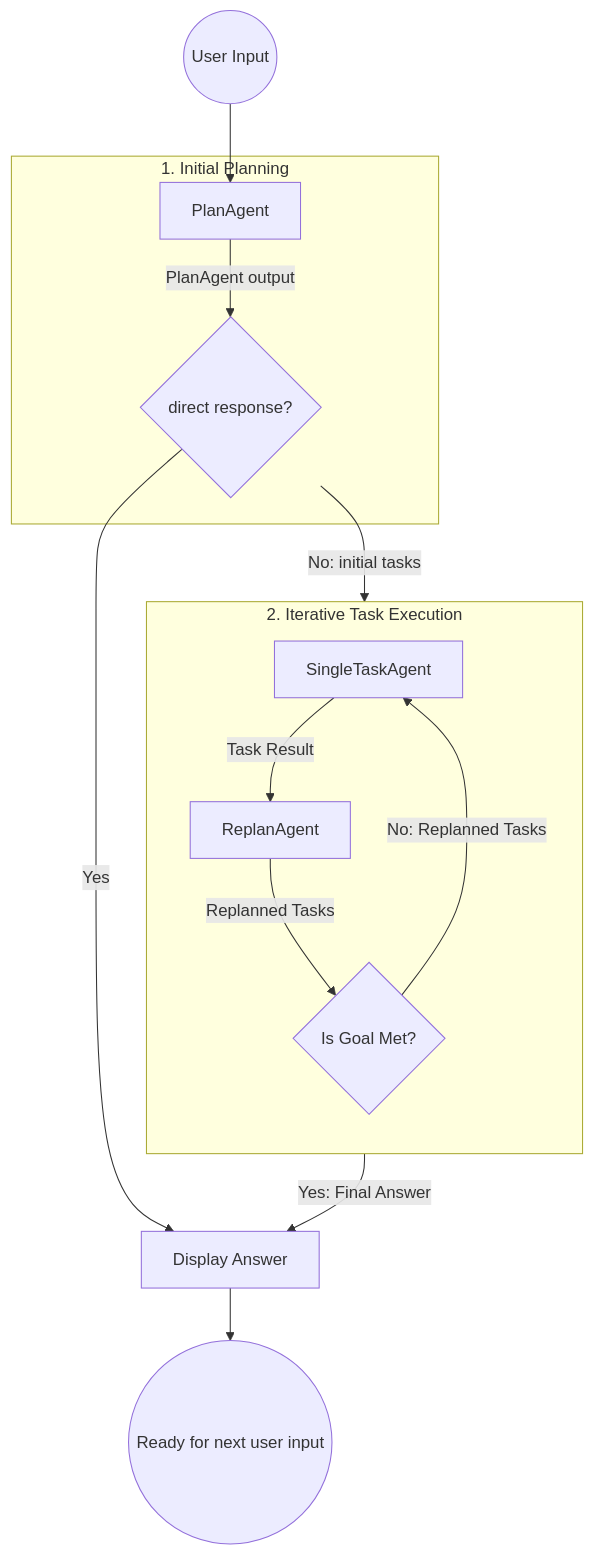
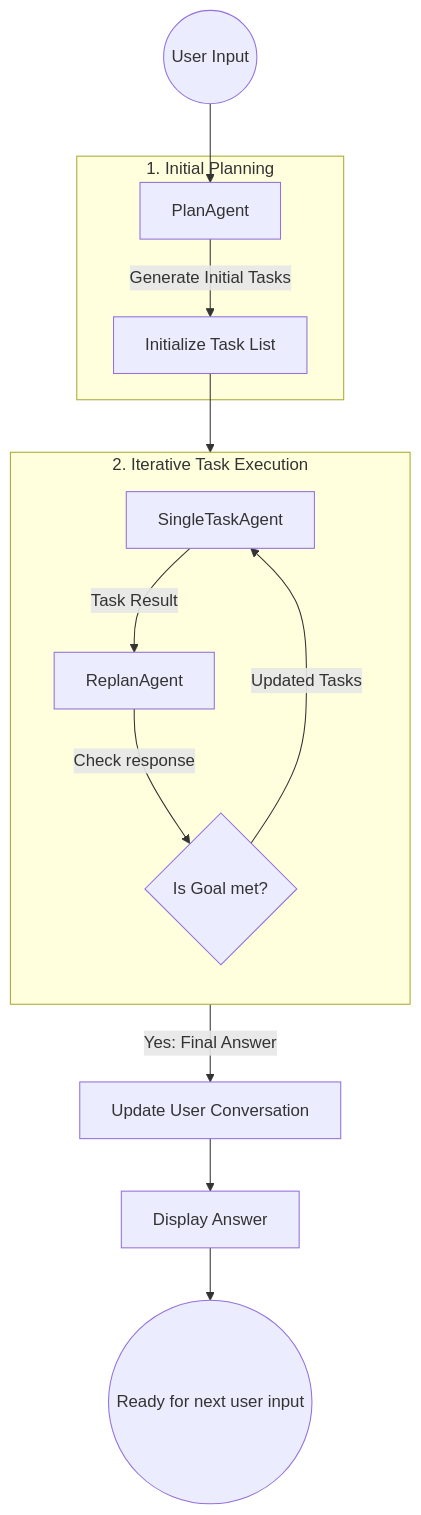
Before and after one commit to fidemin/easylocai: the first of 4 diagrams in docs/DEVELOPMENT.md, drawn with Mermaid. The commit also changed other lines of this file, not shown here.

````diff
--- a/docs/DEVELOPMENT.md
+++ b/docs/DEVELOPMENT.md
@@ -23,27 +21,28 @@
 ```mermaid
 graph TD
 %% Entry Point
 Start((User Input)) --> PlanAgent[PlanAgent]
+
 %% Initial Phase
 subgraph Initialization ["1. Initial Planning"]
-    PlanAgent -->|PlanAgent output| IsDirectAnswer{direct response?}
+    PlanAgent -->|Generate Initial Tasks| TaskInit[Initialize Task List]
 end
 
 %% Execution Loop
 subgraph ExecutionLoop ["2. Iterative Task Execution"]
     direction TB
-    IsDirectAnswer -->|No: initial tasks| SingleTaskAgent[SingleTaskAgent]
-
+    TaskInit --> SingleTaskAgent[SingleTaskAgent]
+    
     SingleTaskAgent -->|Task Result| ReplanAgent[ReplanAgent]
-
-    ReplanAgent -->|Replanned Tasks| CheckCompletion{Is Goal Met?}
-
-    CheckCompletion -->|No: Replanned Tasks| SingleTaskAgent
+    
+    ReplanAgent -->|Check response| IsGoalMet{Is Goal met?}
+    
+    IsGoalMet -->|Updated Tasks| SingleTaskAgent
 end
 
 %% Exit Paths
-IsDirectAnswer -->|Yes| FinalResponse[Display Answer]
-CheckCompletion -->|Yes: Final Answer| FinalResponse
+IsGoalMet -->|Yes: Final Answer| UpdateContext[Update User Conversation]
+UpdateContext --> FinalResponse[Display Answer]
 
 FinalResponse --> End((Ready for next user input))
 ```
````
